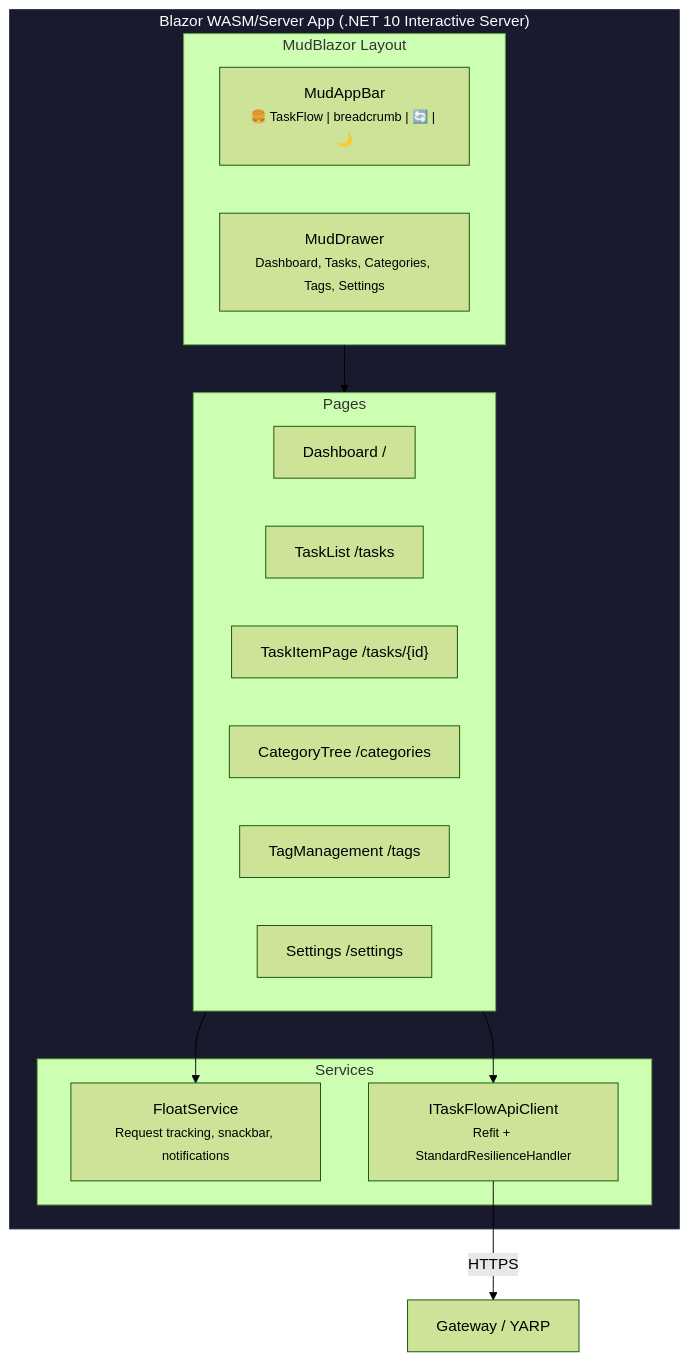
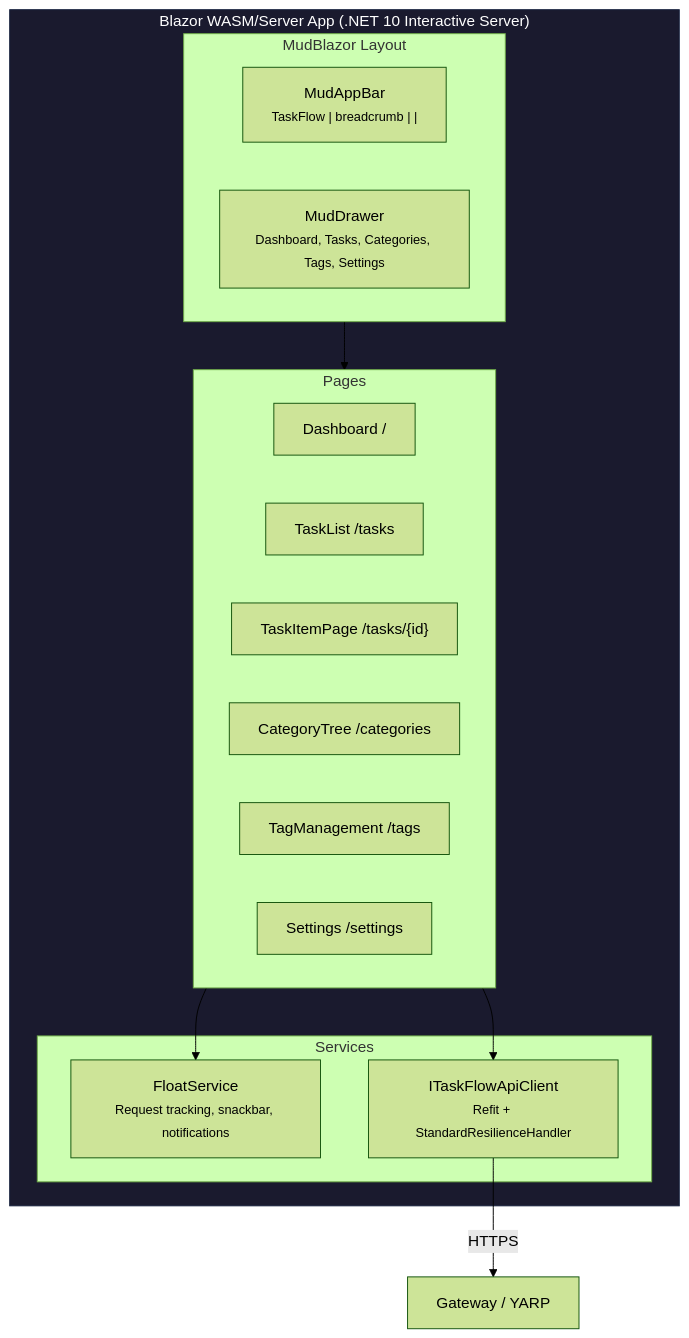
Diagram 18 of 22 in docs/tech-design.md (efreeman518/AI-Instructions-ReferenceApp), drawn with Mermaid (forest theme) before and after one commit. The commit also changed other lines of this file and 139 other files, not shown here.

````diff
--- a/docs/tech-design.md
+++ b/docs/tech-design.md
@@ -1273,32 +1273,32 @@
 ```mermaid
 graph TB
     subgraph blazor["Blazor WASM/Server App (.NET 10 Interactive Server)"]
         subgraph layout["MudBlazor Layout"]
-            APPBAR["MudAppBar<br/><small>🍔 TaskFlow | breadcrumb | 🔄 | 🌙</small>"]
+            APPBAR["MudAppBar<br/><small> TaskFlow | breadcrumb |  | </small>"]
             DRAWER["MudDrawer<br/><small>Dashboard, Tasks, Categories, Tags, Settings</small>"]
         end
 
         subgraph pages["Pages"]
             P1["Dashboard /"]
             P2["TaskList /tasks"]
             P3["TaskItemPage /tasks/{id}"]
             P4["CategoryTree /categories"]
             P5["TagManagement /tags"]
             P6["Settings /settings"]
         end
 
         subgraph services["Services"]
             FLOAT["FloatService<br/><small>Request tracking, snackbar, notifications</small>"]
             REFIT["ITaskFlowApiClient<br/><small>Refit + StandardResilienceHandler</small>"]
         end
     end
 
     GW["Gateway / YARP"]
 
     layout --> pages
     pages --> FLOAT
     pages --> REFIT
     REFIT -->|"HTTPS"| GW
 
     style blazor fill:#1a1a2e,stroke:#16213e,color:#fff
 ```
````
